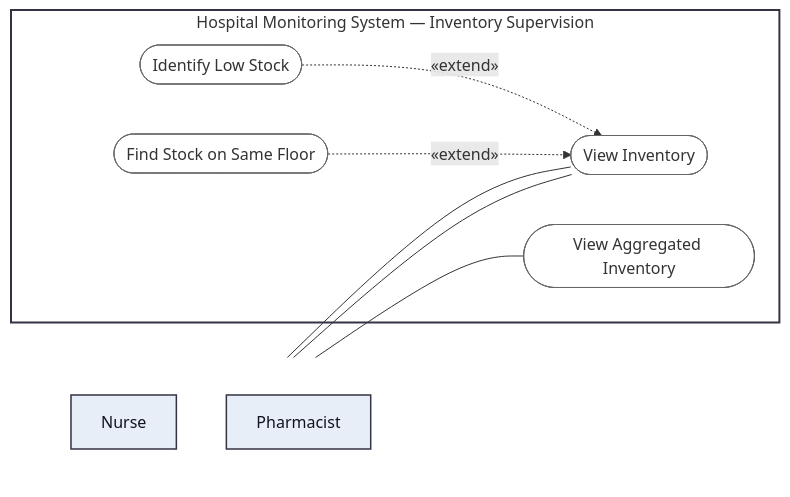
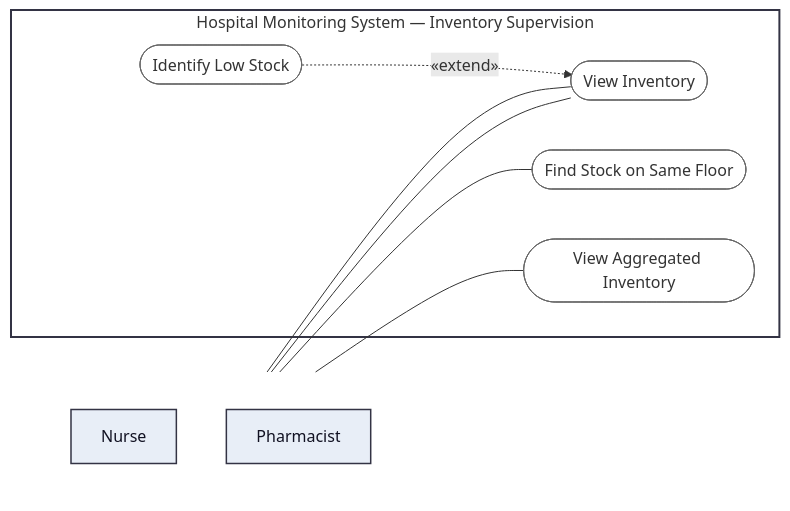
One commit to LukaMrt/3K04-project changed the fourth of 7 diagrams in docs/part-b/diagrams/use-case-diagram.md. Above: the diagram before and after it, drawn with Mermaid. The commit also changed other lines of this file and 10 other files, not shown here.

````diff
--- a/docs/part-b/diagrams/use-case-diagram.md
+++ b/docs/part-b/diagrams/use-case-diagram.md
@@ -149,29 +117,29 @@
 ```mermaid
 flowchart LR
     subgraph Actors[" "]
         direction TB
         Nurse["Nurse"]
         Pharmacist["Pharmacist"]
     end
 
     subgraph MS["Hospital Monitoring System — Inventory Supervision"]
         ViewInv(["View Inventory"])
         LowStock(["Identify Low Stock"])
         SameFloor(["Find Stock on Same Floor"])
         ViewAggInv(["View Aggregated Inventory"])
     end
 
     Nurse --- ViewInv
     Pharmacist --- ViewInv
     Pharmacist --- ViewAggInv
+    Pharmacist --- SameFloor
 
     LowStock -. "«extend»" .-> ViewInv
-    SameFloor -. "«extend»" .-> ViewInv
 
     classDef actor fill:#e8eef7,stroke:#334,stroke-width:1.5px,color:#112;
     classDef usecase fill:#fff,stroke:#666,stroke-width:1px;
     class Nurse,Pharmacist actor;
     class ViewInv,LowStock,SameFloor,ViewAggInv usecase;
     style Actors fill:none,stroke:none;
     style MS fill:none,stroke:#334,stroke-width:2px;
 ```
````
